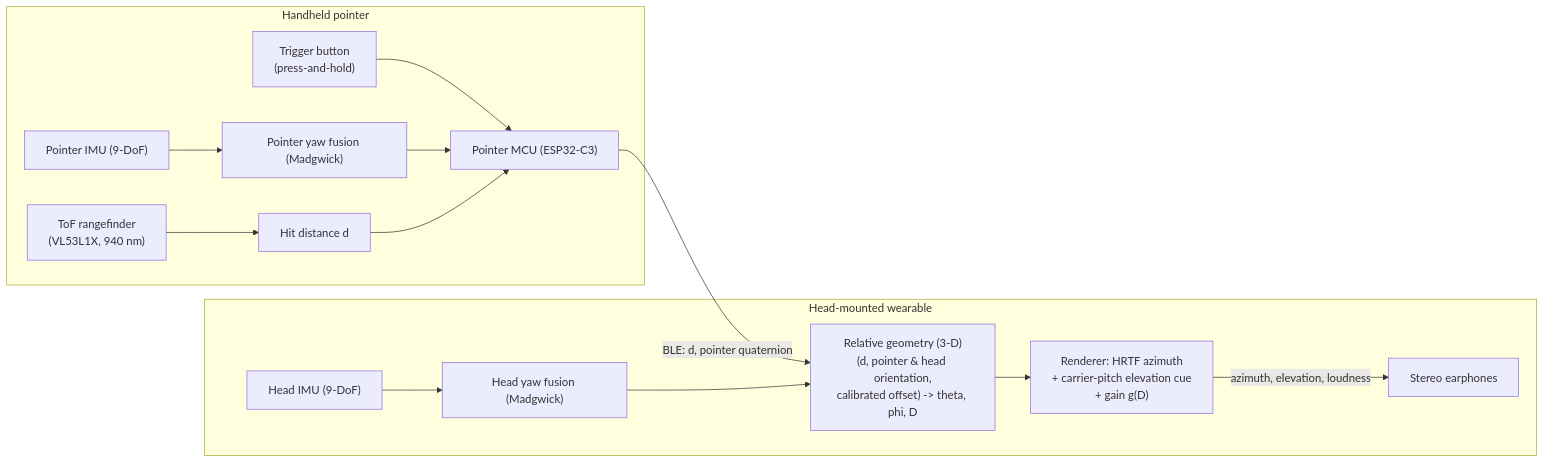
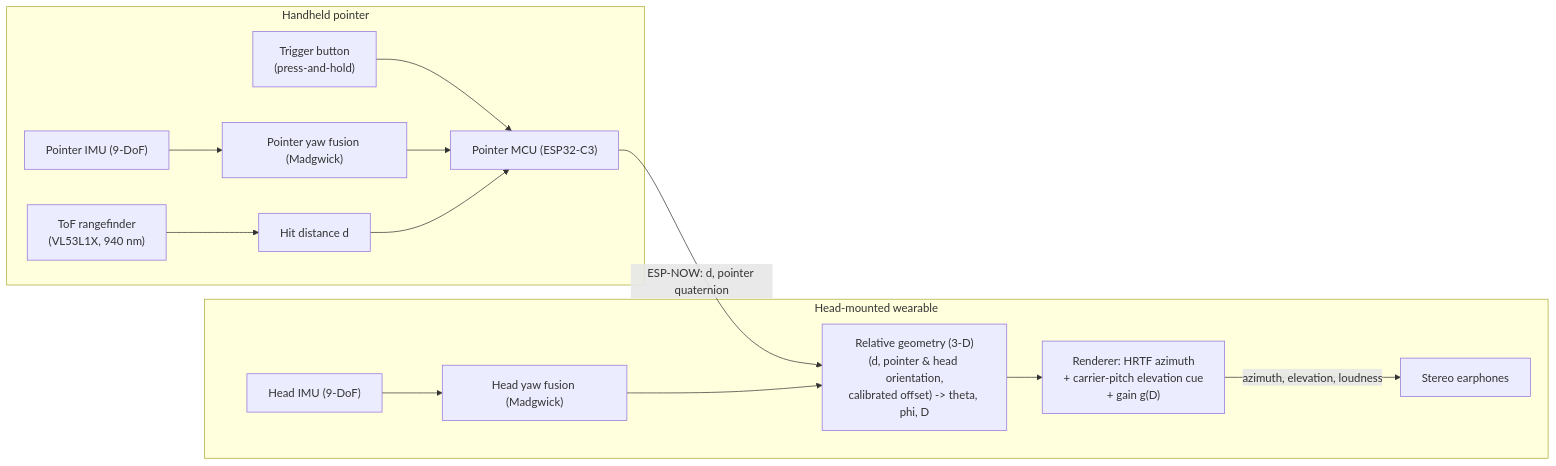
One commit to pewpil/auris changed the diagram in README.md. Above: the diagram before and after it, drawn with Mermaid. The commit also changed other lines of this file and 2 other files, not shown here.

````diff
--- a/README.md
+++ b/README.md
@@ -56,17 +56,17 @@
 ```mermaid
 flowchart LR
     subgraph pointer["Handheld pointer"]
         pimu["Pointer IMU (9-DoF)"] --> pfus["Pointer yaw fusion (Madgwick)"]
         tof["ToF rangefinder<br/>(VL53L1X, 940 nm)"] --> dist["Hit distance d"]
         btn["Trigger button<br/>(press-and-hold)"] --> mcu1["Pointer MCU (ESP32-C3)"]
         pfus --> mcu1
         dist --> mcu1
     end
     subgraph wearable["Head-mounted wearable"]
         himu["Head IMU (9-DoF)"] --> hfus["Head yaw fusion (Madgwick)"]
-        mcu1 -- "BLE: d, pointer quaternion" --> geo["Relative geometry (3-D)<br/>(d, pointer & head orientation,<br/>calibrated offset) -> theta, phi, D"]
+        mcu1 -- "ESP-NOW: d, pointer quaternion" --> geo["Relative geometry (3-D)<br/>(d, pointer & head orientation,<br/>calibrated offset) -> theta, phi, D"]
         hfus --> geo
         geo --> ren["Renderer: HRTF azimuth<br/>+ carrier-pitch elevation cue<br/>+ gain g(D)"]
         ren -- "azimuth, elevation, loudness" --> spk["Stereo earphones"]
     end
 ```
````
